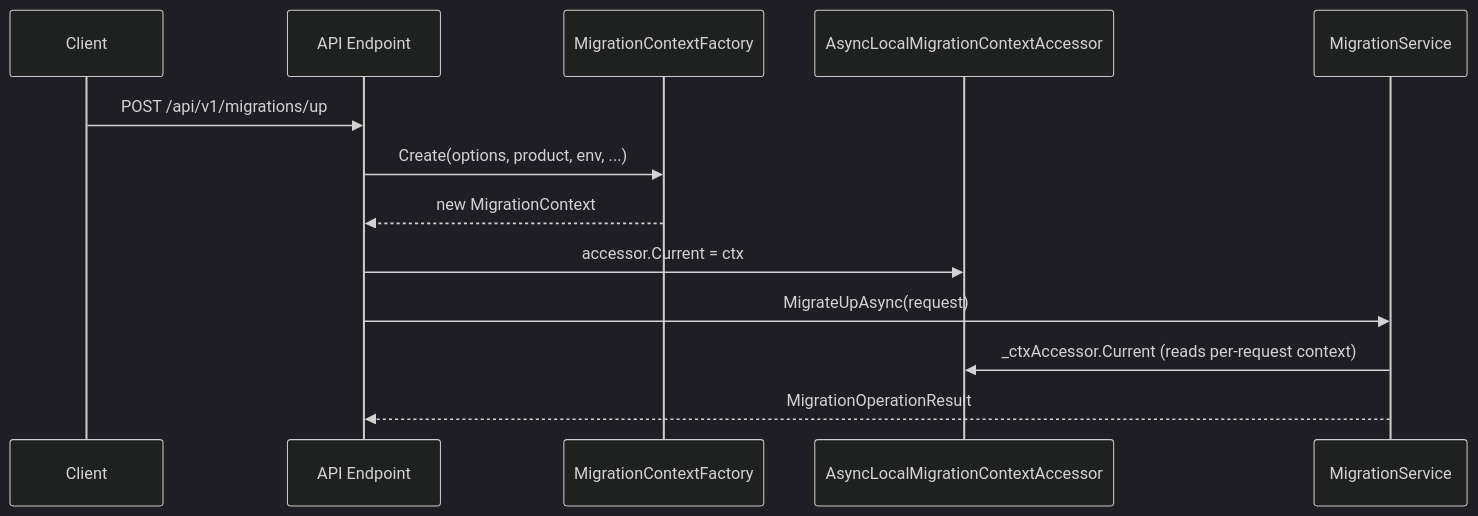
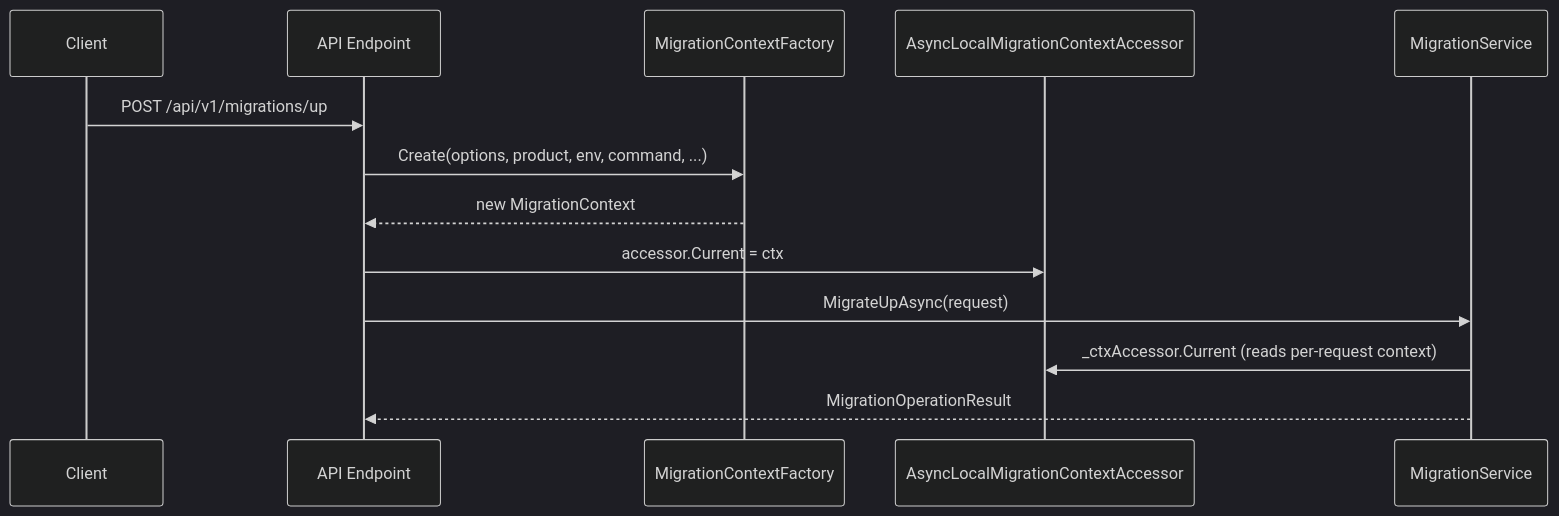
The first of 2 diagrams in Docs/02-core-concepts/migration-context.md (RAYCOON/RayMigrator), drawn with Mermaid (dark theme) before and after one commit. The commit also changed other lines of this file and 29 other files, not shown here.

````diff
--- a/Docs/02-core-concepts/migration-context.md
+++ b/Docs/02-core-concepts/migration-context.md
@@ -208,17 +208,17 @@
 ```mermaid
 sequenceDiagram
     participant Client
     participant Endpoint as API Endpoint
     participant Factory as MigrationContextFactory
     participant Accessor as AsyncLocalMigrationContextAccessor
     participant Svc as MigrationService
 
     Client->>Endpoint: POST /api/v1/migrations/up
-    Endpoint->>Factory: Create(options, product, env, ...)
+    Endpoint->>Factory: Create(options, product, env, command, ...)
     Factory-->>Endpoint: new MigrationContext
     Endpoint->>Accessor: accessor.Current = ctx
 
     Endpoint->>Svc: MigrateUpAsync(request)
     Svc->>Accessor: _ctxAccessor.Current (reads per-request context)
     Svc-->>Endpoint: MigrationOperationResult
 ```
````
